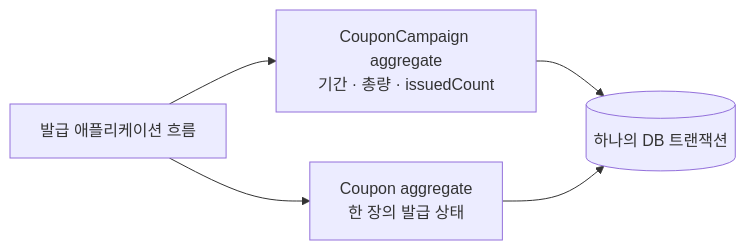
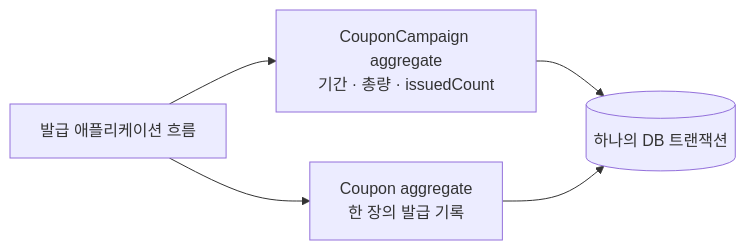
The fourth of 8 diagrams in docs/system-design/use-cases/coupon-issuance.md (loopers-labs/loop-pack-be-l2-vol5-java), drawn with Mermaid before and after one commit. The commit also changed other lines of this file and 4 other files, not shown here.

````diff
--- a/docs/system-design/use-cases/coupon-issuance.md
+++ b/docs/system-design/use-cases/coupon-issuance.md
@@ -194,11 +194,11 @@
 ```mermaid
 flowchart LR
     App[발급 애플리케이션 흐름]
     Campaign[CouponCampaign aggregate<br/>기간 · 총량 · issuedCount]
-    Coupon[Coupon aggregate<br/>한 장의 발급 상태]
+    Coupon[Coupon aggregate<br/>한 장의 발급 기록]
     DB[(하나의 DB 트랜잭션)]
     App --> Campaign
     App --> Coupon
     Campaign --> DB
     Coupon --> DB
 ```
````
